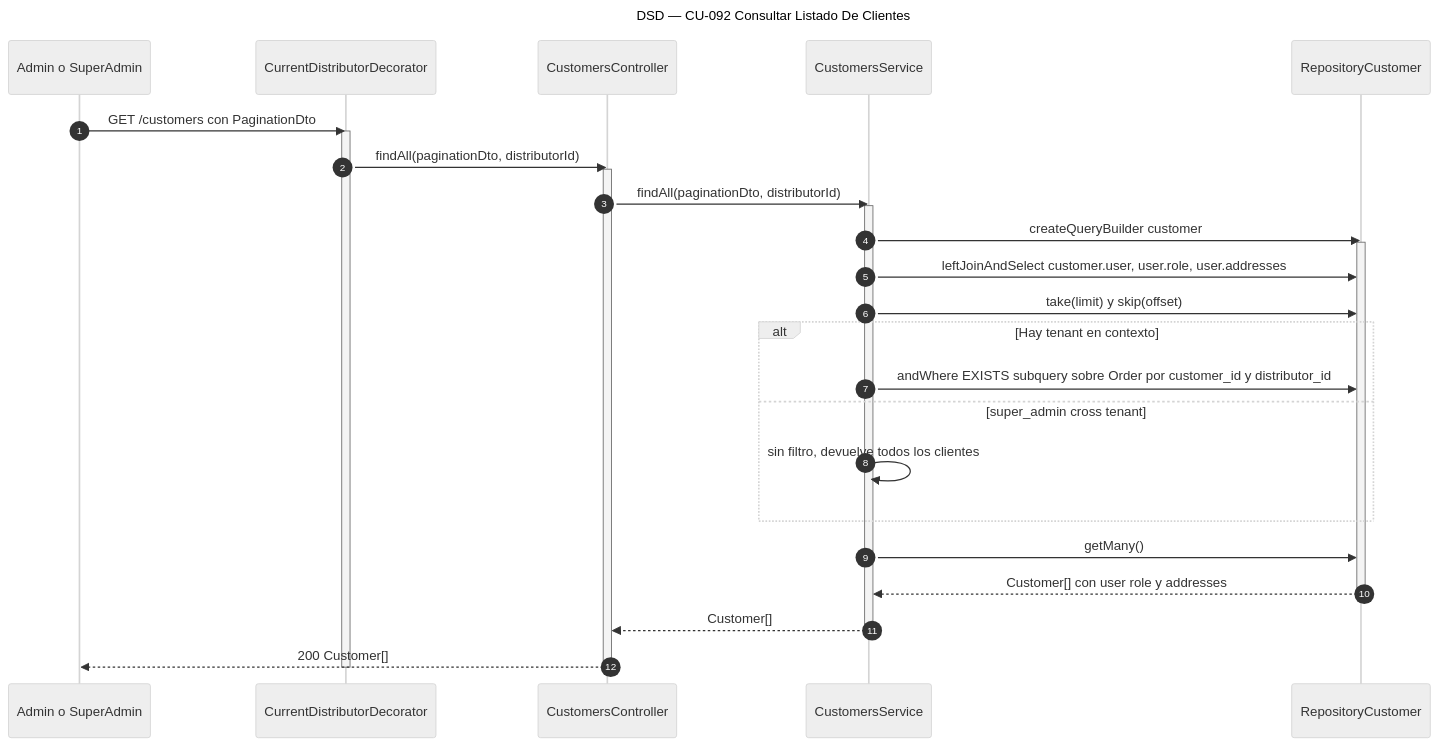
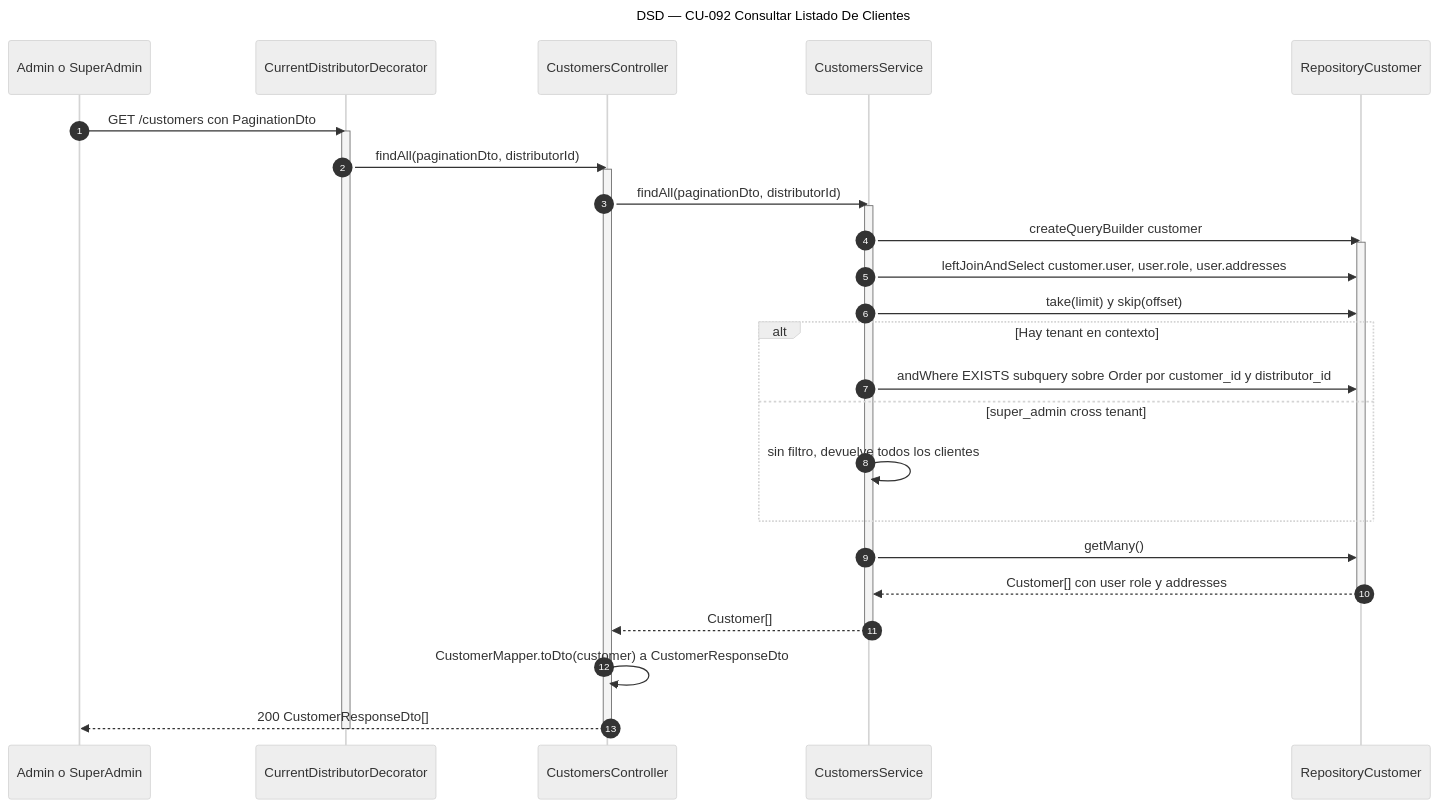
The diagram in diagramas/DSD_CU-092_Consultar-Listado-De-Clientes.mmd (Nahuelito-Dev/splg-docs), drawn with Mermaid (neutral theme) before and after one commit. The commit also changed 6 other files, not shown here.

Commit message:
docs(dsd): clientes con CustomerResponseDto; hallazgos H-52 a H-55

```diff
--- a/diagramas/DSD_CU-092_Consultar-Listado-De-Clientes.mmd
+++ b/diagramas/DSD_CU-092_Consultar-Listado-De-Clientes.mmd
@@ -1,32 +1,33 @@
 sequenceDiagram
     title DSD — CU-092 Consultar Listado De Clientes
     autonumber
     participant ADM as Admin o SuperAdmin
     participant DEC as CurrentDistributorDecorator
     participant CTRL as CustomersController
     participant SRV as CustomersService
     participant CREP as RepositoryCustomer
 
     ADM->>DEC: GET /customers con PaginationDto
     activate DEC
     DEC->>CTRL: findAll(paginationDto, distributorId)
     activate CTRL
     CTRL->>SRV: findAll(paginationDto, distributorId)
     activate SRV
     SRV->>CREP: createQueryBuilder customer
     activate CREP
     SRV->>CREP: leftJoinAndSelect customer.user, user.role, user.addresses
     SRV->>CREP: take(limit) y skip(offset)
     alt Hay tenant en contexto
         SRV->>CREP: andWhere EXISTS subquery sobre Order por customer_id y distributor_id
     else super_admin cross tenant
         SRV->>SRV: sin filtro, devuelve todos los clientes
     end
     SRV->>CREP: getMany()
     CREP-->>SRV: Customer[] con user role y addresses
     deactivate CREP
     SRV-->>CTRL: Customer[]
     deactivate SRV
-    CTRL-->>ADM: 200 Customer[]
+    CTRL->>CTRL: CustomerMapper.toDto(customer) a CustomerResponseDto
+    CTRL-->>ADM: 200 CustomerResponseDto[]
     deactivate CTRL
     deactivate DEC
```
